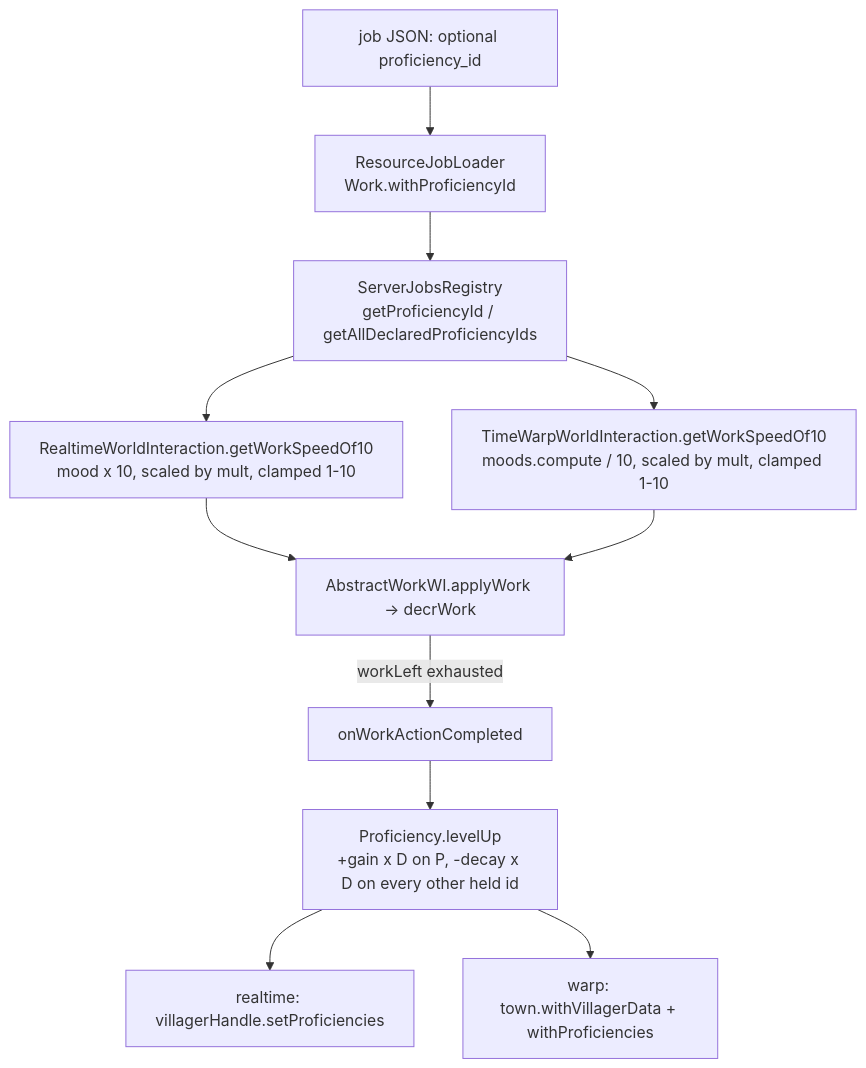
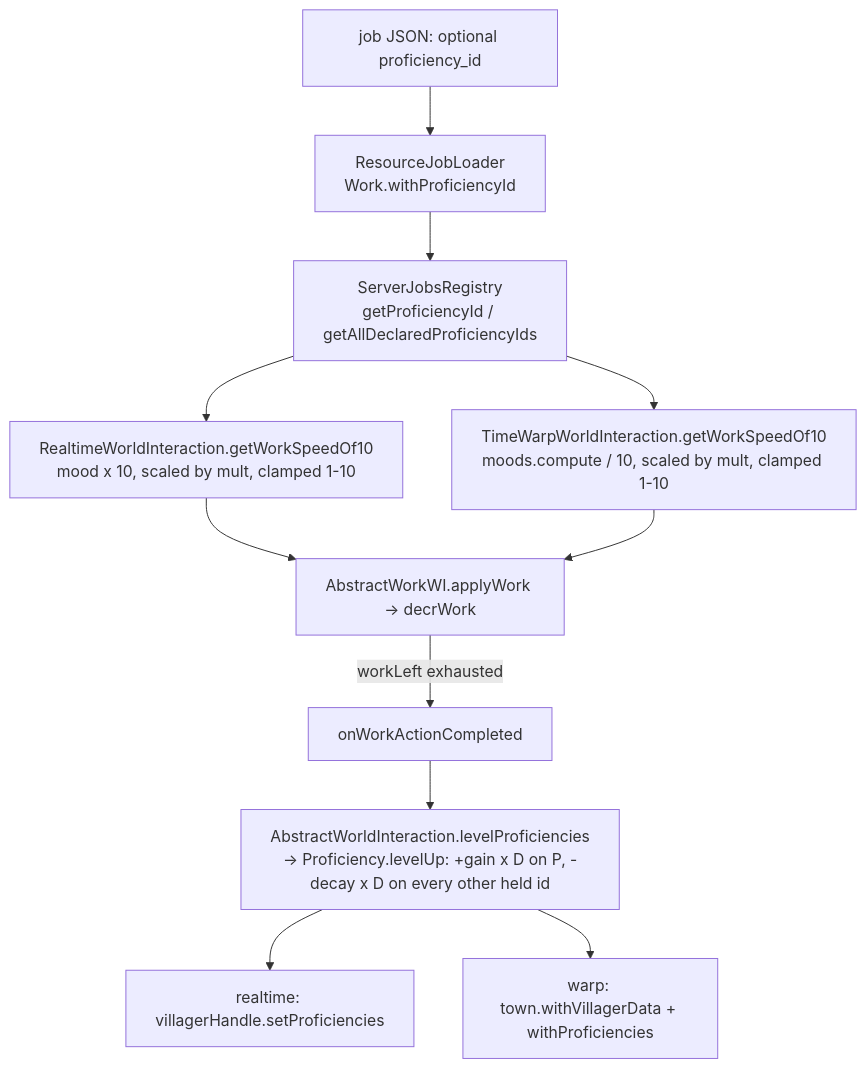
Before and after one commit to bradsk88/Questown: the first of 3 diagrams in src/main/java/ca/bradj/questown/jobs/COMPLEX.md, drawn with Mermaid. The commit also changed other lines of this file and 6 other files, not shown here.

````diff
--- a/src/main/java/ca/bradj/questown/jobs/COMPLEX.md
+++ b/src/main/java/ca/bradj/questown/jobs/COMPLEX.md
@@ -16,15 +16,15 @@
 ```mermaid
 flowchart TD
     JSON["job JSON: optional proficiency_id"] --> Loader["ResourceJobLoader\nWork.withProficiencyId"]
     Loader --> Reg["ServerJobsRegistry\ngetProficiencyId / getAllDeclaredProficiencyIds"]
 
     Reg --> RT["RealtimeWorldInteraction.getWorkSpeedOf10\nmood x 10, scaled by mult, clamped 1-10"]
     Reg --> WP["TimeWarpWorldInteraction.getWorkSpeedOf10\nmoods.compute / 10, scaled by mult, clamped 1-10"]
     RT --> Apply["AbstractWorkWI.applyWork -> decrWork"]
     WP --> Apply
 
     Apply -->|"workLeft exhausted"| Done["onWorkActionCompleted"]
-    Done --> Math["Proficiency.levelUp\n+gain x D on P, -decay x D on every other held id"]
+    Done --> Math["AbstractWorldInteraction.levelProficiencies\n-> Proficiency.levelUp: +gain x D on P, -decay x D on every other held id"]
     Math --> RTW["realtime: villagerHandle.setProficiencies"]
     Math --> WPW["warp: town.withVillagerData + withProficiencies"]
 ```
````
